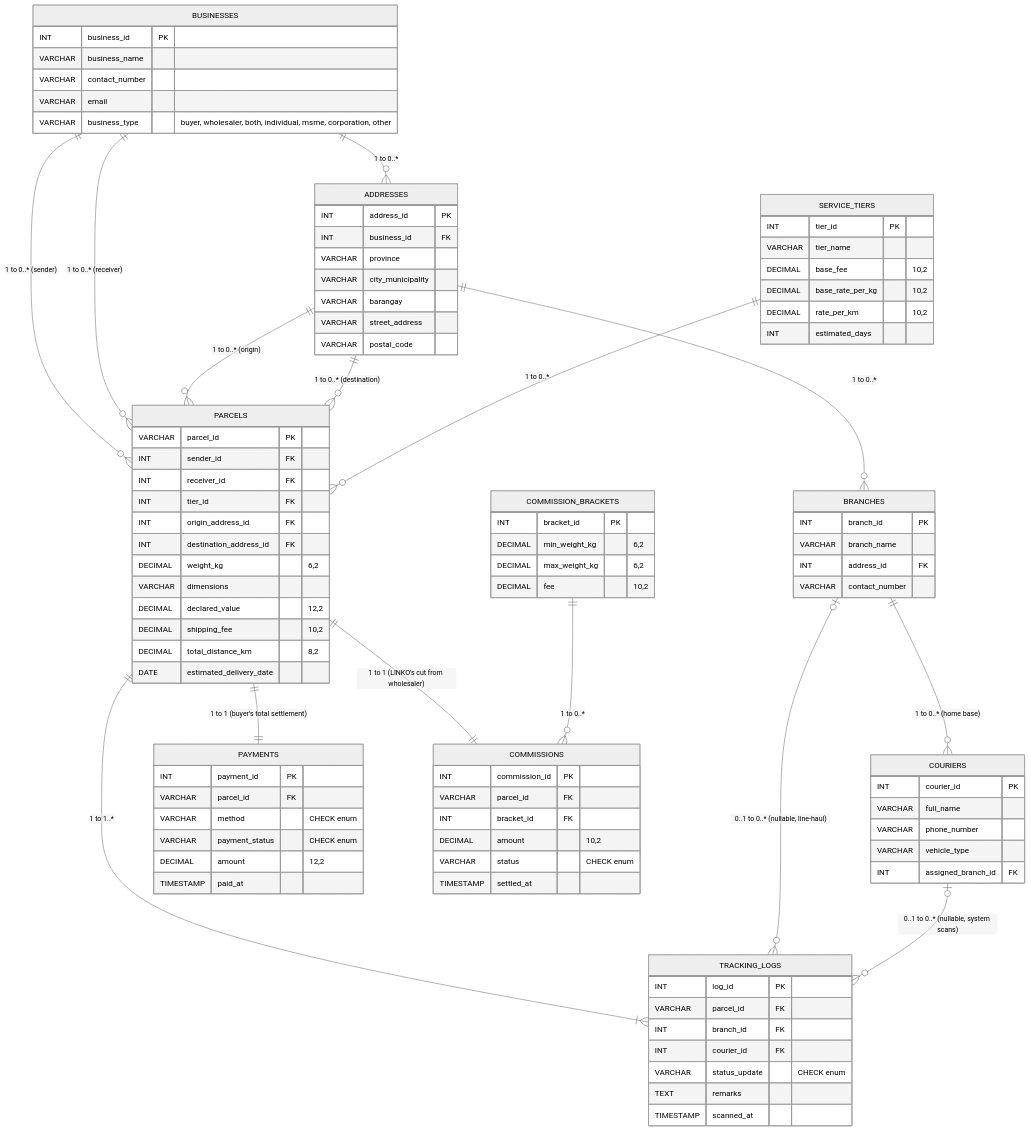
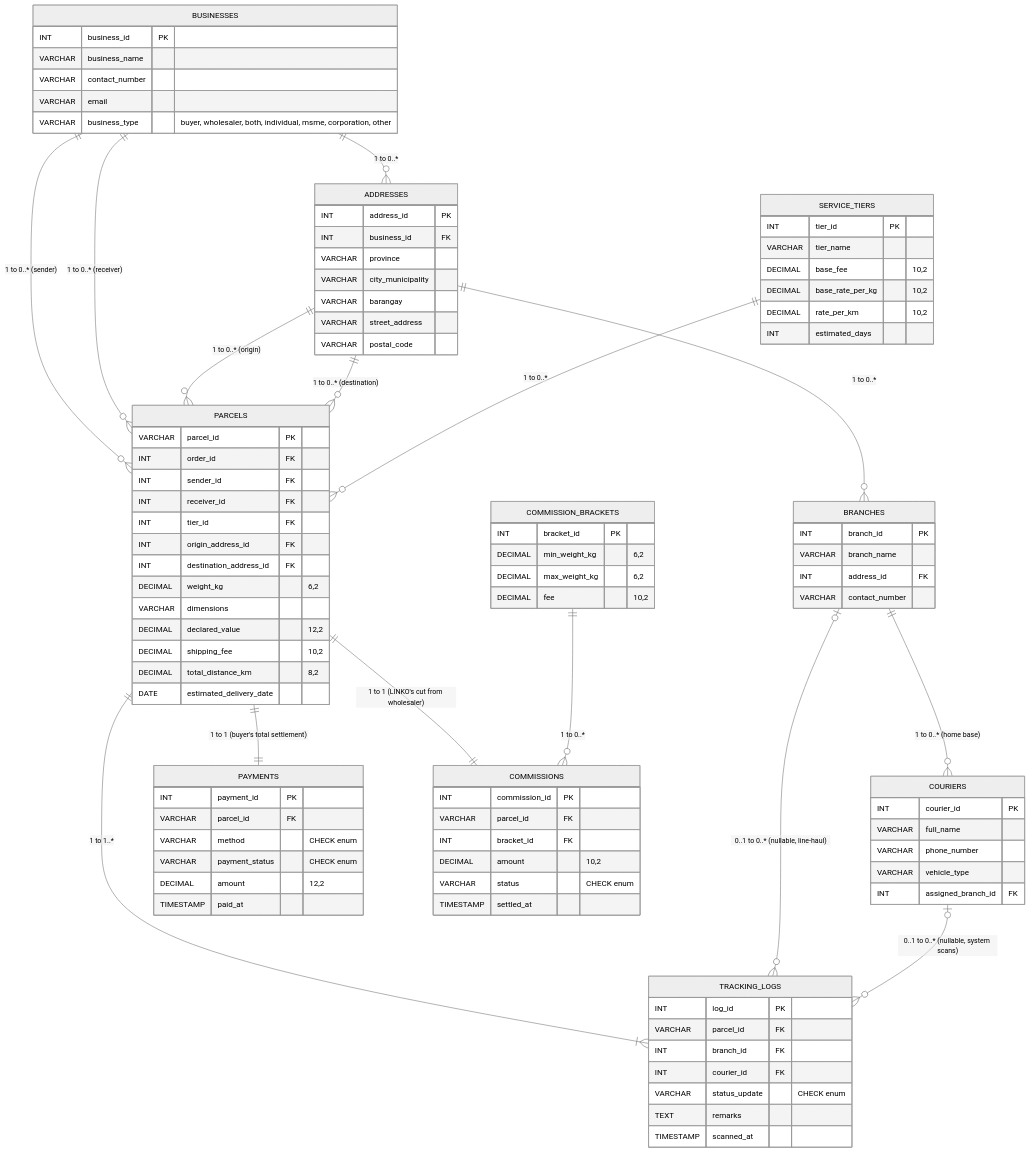
One commit to nateponds/LINKO changed the diagram in docs/LINKO_ERD.md. Above: the diagram before and after it, drawn with Mermaid (neutral theme). The commit also changed other lines of this file and 2 other files, not shown here.

First line of the commit message:
docs(logistics): document courier delivery workflow and order-parcel link

```diff
--- a/docs/LINKO_ERD.md
+++ b/docs/LINKO_ERD.md
@@ -49,6 +49,7 @@
 
     PARCELS {
         VARCHAR parcel_id PK
+        INT order_id FK
         INT sender_id FK
         INT receiver_id FK
         INT tier_id FK
```
